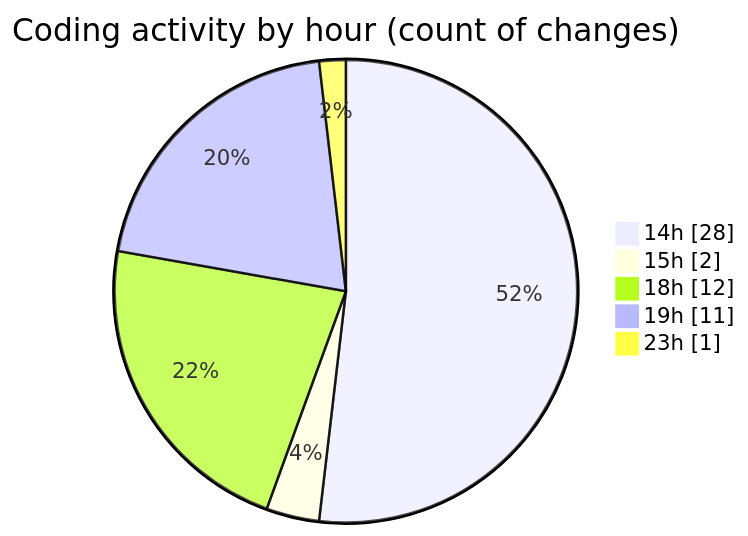
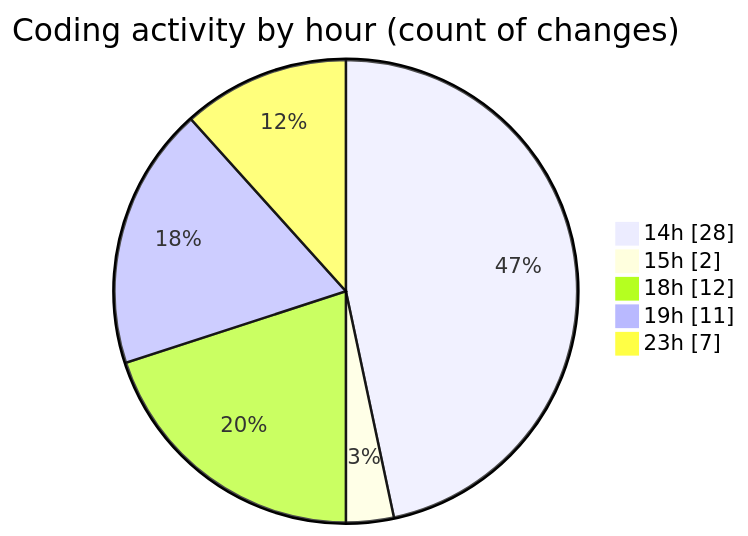
The second of 2 diagrams in 2025-10-31/weather_insights_app/README.md (donsfak/code-tracking), drawn with Mermaid before and after one commit. The commit also changed other lines of this file and 1 other file, not shown here.

````diff
--- a/2025-10-31/weather_insights_app/README.md
+++ b/2025-10-31/weather_insights_app/README.md
@@ -49,9 +49,9 @@
 ```mermaid
 pie showData
 title Coding activity by hour (count of changes)
 "14h" : 28
 "15h" : 2
 "18h" : 12
 "19h" : 11
-"23h" : 1
+"23h" : 7
 ```
````
